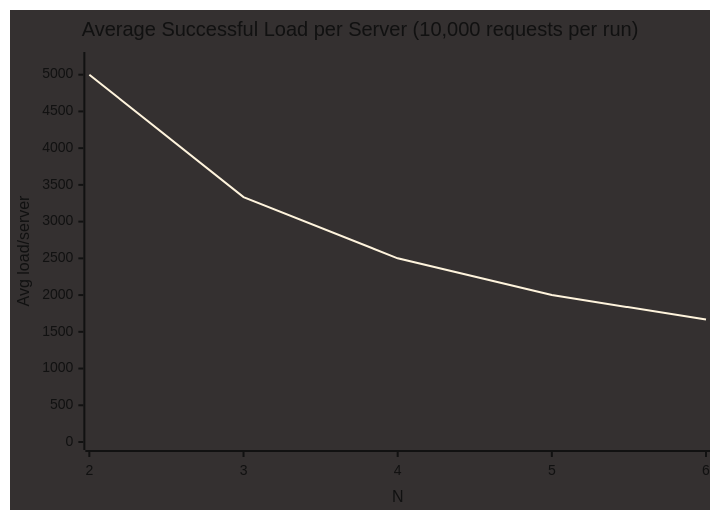
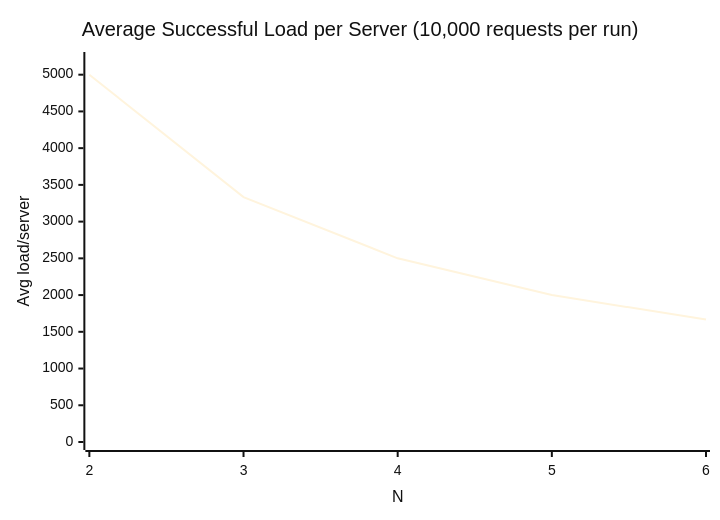
Before and after one commit to AmyMugeni/LoadBalancer: the third of 4 diagrams in README.md, drawn with Mermaid. The commit also changed other lines of this file, not shown here.

````diff
--- a/README.md
+++ b/README.md
@@ -402,8 +402,8 @@
 ```mermaid
-%%{init: {'theme': 'base', 'themeVariables': { 'background': '#343030', 'primaryColor': '#0a2f7a', 'primaryBorderColor': '#07265f', 'primaryTextColor': '#111111', 'lineColor': '#0a2f7a', 'fontSize': '16px' }}}%%
+%%{init: {'theme': 'base', 'themeVariables': { 'background': '#FFFFFF', 'primaryColor': '#0a2f7a', 'primaryBorderColor': '#07265f', 'primaryTextColor': '#111111', 'lineColor': '#0a2f7a', 'fontSize': '16px' }}}%%
 xychart-beta
   title "Average Successful Load per Server (10,000 requests per run)"
   x-axis "N" [2, 3, 4, 5, 6]
   y-axis "Avg load/server" 0 --> 5200
   line [5000, 3333.33, 2500, 2000, 1666.67]
 ```
````
